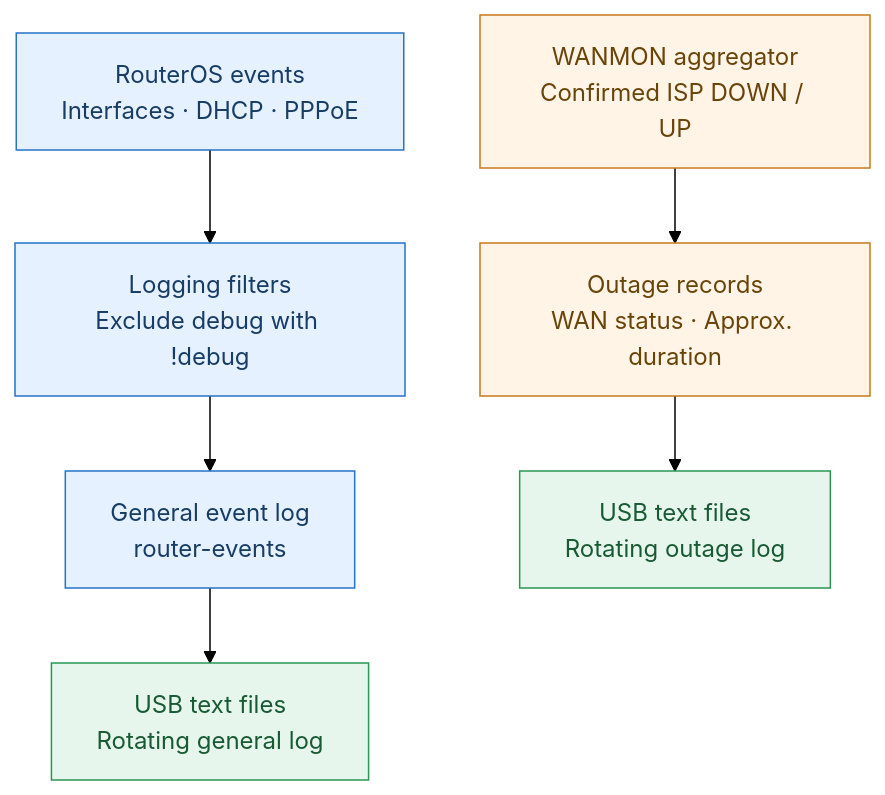
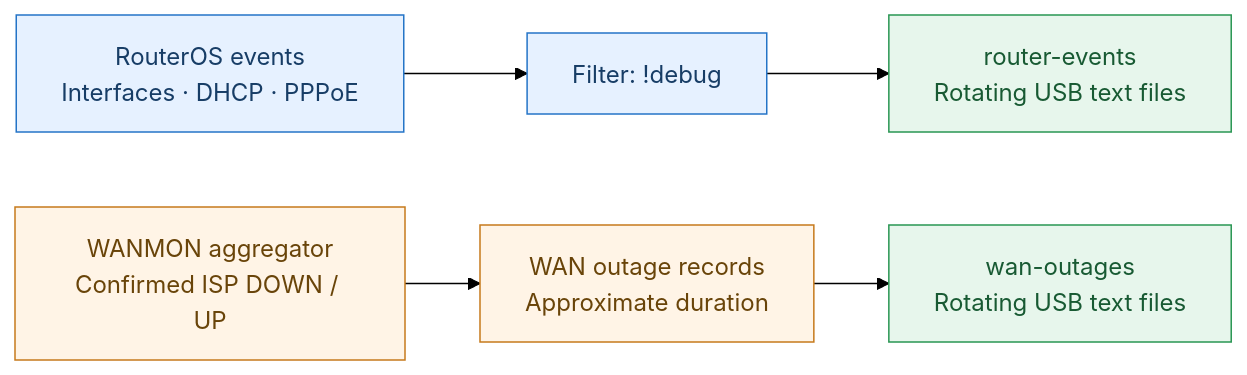
One commit to london36/mikrotik-dualwan-pcc-failover-monitoring changed the diagram in docs/mermaid-logging-preview.md. Above: the diagram before and after it, drawn with Mermaid (forest theme). The commit also changed other lines of this file, not shown here.

Commit message:
docs: switch logging diagram to two horizontal flows

````diff
--- a/docs/mermaid-logging-preview.md
+++ b/docs/mermaid-logging-preview.md
@@ -7,25 +7,20 @@
 ```mermaid
-flowchart TB
+flowchart LR
     E["RouterOS events<br/>Interfaces · DHCP · PPPoE"]
-    F["Logging filters<br/>Exclude debug with !debug"]
-    G["General event log<br/>router-events"]
+    F["Filter: !debug"]
+    G["router-events<br/>Rotating USB text files"]
+
     W["WANMON aggregator<br/>Confirmed ISP DOWN / UP"]
-    R["Outage records<br/>WAN status · Approx. duration"]
-    U1["USB text files<br/>Rotating general log"]
-    U2["USB text files<br/>Rotating outage log"]
+    R["WAN outage records<br/>Approximate duration"]
+    U["wan-outages<br/>Rotating USB text files"]
 
-    E --> F
-    F --> G
-    G --> U1
+    E --> F --> G
+    W --> R --> U
 
-    W --> R
-    R --> U2
-
-    classDef neutral fill:#edf0f4,stroke:#68788c,color:#202b38
     classDef general fill:#e6f1ff,stroke:#2474c7,color:#173d66
     classDef outage fill:#fff4e6,stroke:#c67a1b,color:#694409
     classDef storage fill:#e7f6ec,stroke:#299653,color:#185a33
-    class E,F,G general
+    class E,F general
     class W,R outage
-    class U1,U2 storage
+    class G,U storage
 ```
````
